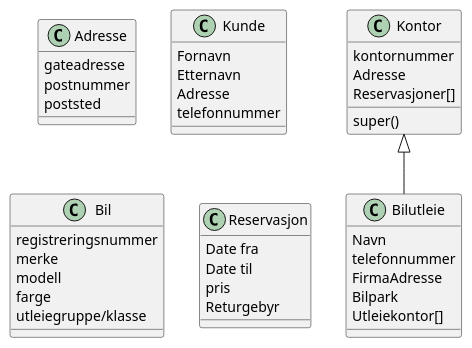
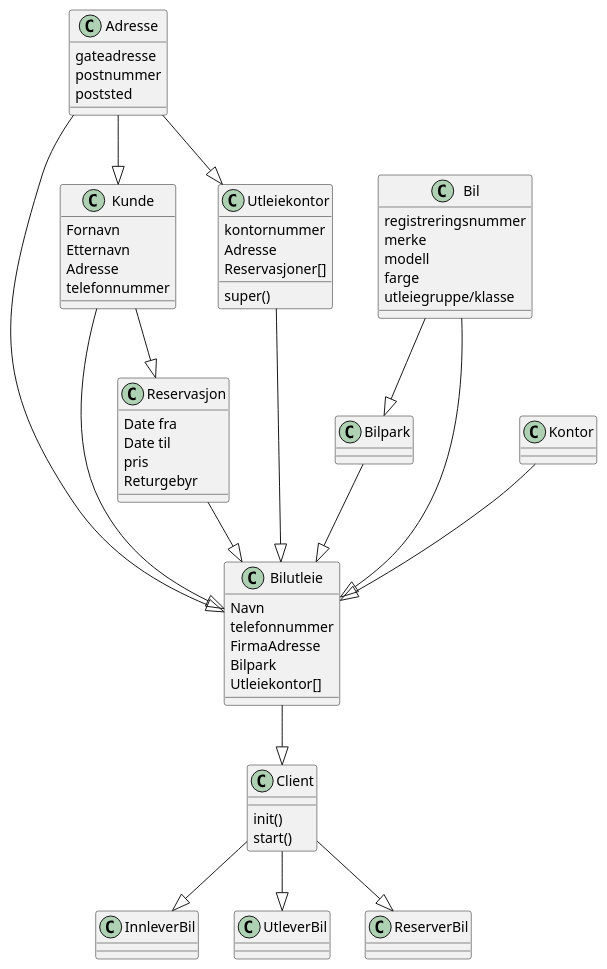
The diagram in src/no/hvl/dat109/Diagram/ClassDiagram.puml (S571736/DAT109_Oblig2), drawn with PlantUML before and after one commit.

Commit message:
Justering på Reservasjon og Utleiekontor

```diff
--- a/src/no/hvl/dat109/Diagram/ClassDiagram.puml
+++ b/src/no/hvl/dat109/Diagram/ClassDiagram.puml
@@ -1,47 +1,78 @@
 @startuml
+
+class Client {
+init()
+start()
+}
+
 class Adresse {
     gateadresse
     postnummer
     poststed
-}
-
-class Kunde{
-    Fornavn
-    Etternavn
-    Adresse
-    telefonnummer
 }
 
 class Bil{
     registreringsnummer
     merke
     modell
     farge
     utleiegruppe/klasse
 }
 
+class Bilpark{
+}
+
 class Bilutleie{
     Navn
     telefonnummer
     FirmaAdresse
     Bilpark
     Utleiekontor[]
 }
 
-class Kontor{
-    super()
-    kontornummer
-    Adresse
-    Reservasjoner[]
+class InnleverBil{
 }
 
+class Kunde{
+    Fornavn
+    Etternavn
+    Adresse
+    telefonnummer
+}
 class Reservasjon{
     Date fra
     Date til
     pris
     Returgebyr
 
 }
+class Utleiekontor{
+    super()
+    kontornummer
+    Adresse
+    Reservasjoner[]
+}
 
-Kontor <|-- Bilutleie
+class UtleverBil{
+}
+
+class ReserverBil{
+}
+
+
+Client --|> UtleverBil
+Client --|> InnleverBil
+Client --|> ReserverBil
+Bil --|> Bilpark
+Bilpark --|> Bilutleie
+Kontor --|> Bilutleie
+Kunde --|> Bilutleie
+Adresse --|> Kunde
+Adresse --|> Bilutleie
+Bil --|> Bilutleie
+Kunde --|> Reservasjon
+Reservasjon --|> Bilutleie
+Adresse --|> Utleiekontor
+Utleiekontor --|> Bilutleie
+Bilutleie --|> Client
 @enduml
```
